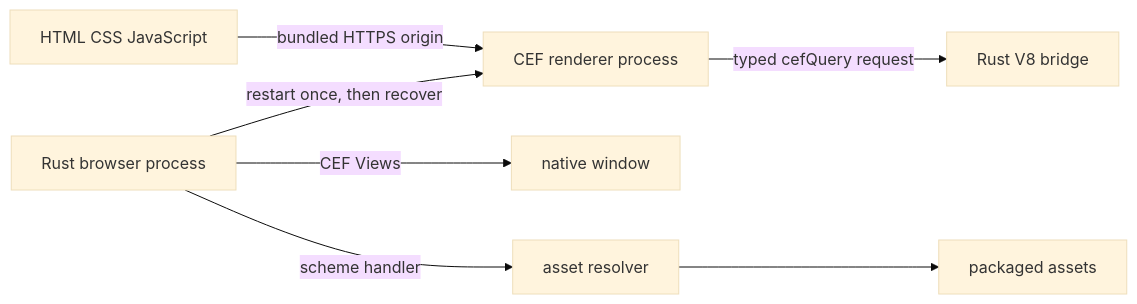
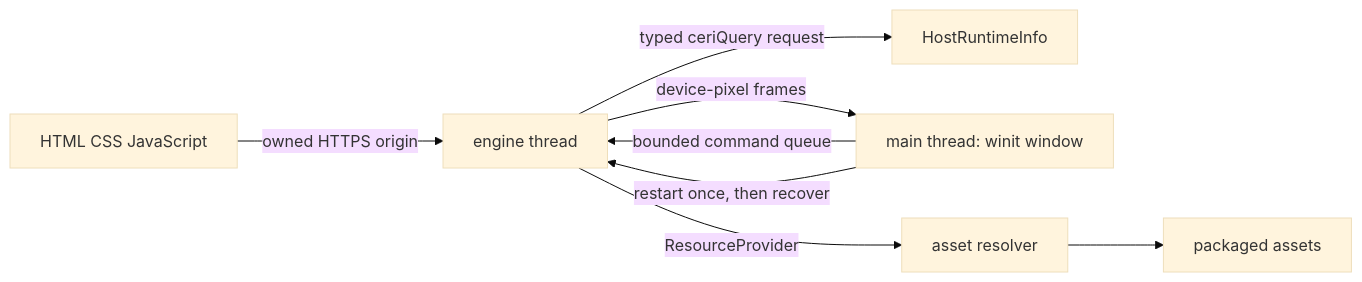
The diagram in docs/architecture.md (zeo/ceri), drawn with Mermaid (base theme) before and after one commit. The commit also changed other lines of this file and 24 other files, not shown here.

````diff
--- a/docs/architecture.md
+++ b/docs/architecture.md
@@ -7,9 +7,10 @@
 ```mermaid
 flowchart LR
-    web["HTML CSS JavaScript"] -->|"bundled HTTPS origin"| renderer["CEF renderer process"]
-    renderer -->|"typed cefQuery request"| bridge["Rust V8 bridge"]
-    browser["Rust browser process"] -->|"CEF Views"| window["native window"]
-    browser -->|"scheme handler"| resolver["asset resolver"]
+    web["HTML CSS JavaScript"] -->|"owned HTTPS origin"| engine["engine thread"]
+    engine -->|"typed ceriQuery request"| info["HostRuntimeInfo"]
+    window["main thread: winit window"] -->|"bounded command queue"| engine
+    engine -->|"device-pixel frames"| window
+    engine -->|"ResourceProvider"| resolver["asset resolver"]
     resolver --> assets["packaged assets"]
-    browser -->|"restart once, then recover"| renderer
+    window -->|"restart once, then recover"| engine
 ```
````
